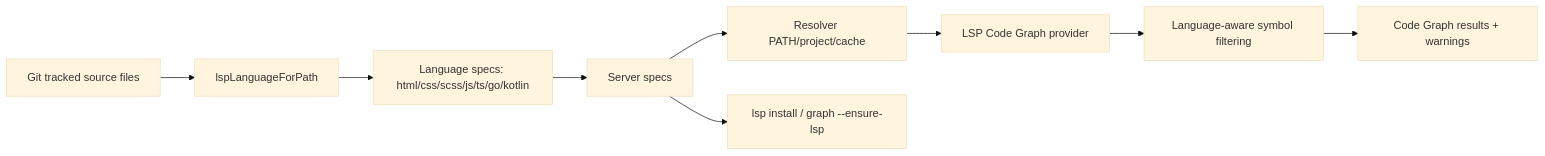
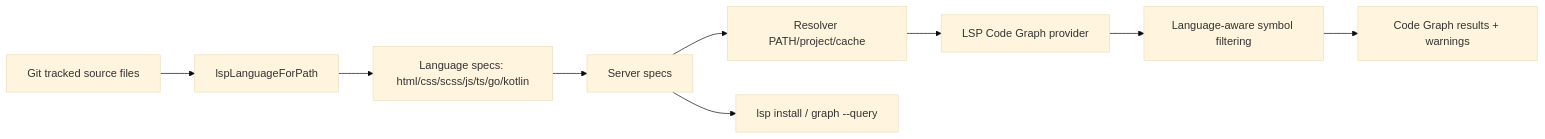
One commit to ngosangns/ns-workspace changed the diagram in docs/specs/planning/expand-lsp-language-coverage.md. Above: the diagram before and after it, drawn with Mermaid (base theme). The commit also changed other lines of this file and 15 other files, not shown here.

First line of the commit message:
feat(preview): auto ensure lsp for graph queries

````diff
--- a/docs/specs/planning/expand-lsp-language-coverage.md
+++ b/docs/specs/planning/expand-lsp-language-coverage.md
@@ -151,11 +151,11 @@
 ```mermaid
 flowchart LR
   Files["Git tracked source files"] --> Detect["lspLanguageForPath"]
   Detect --> LangSpec["Language specs: html/css/scss/js/ts/go/kotlin"]
   LangSpec --> ServerSpec["Server specs"]
   ServerSpec --> Resolver["Resolver PATH/project/cache"]
-  ServerSpec --> Installer["lsp install / graph --ensure-lsp"]
+  ServerSpec --> Installer["lsp install / graph --query"]
   Resolver --> Provider["LSP Code Graph provider"]
   Provider --> SymbolMode["Language-aware symbol filtering"]
   SymbolMode --> Results["Code Graph results + warnings"]
 ```
````
